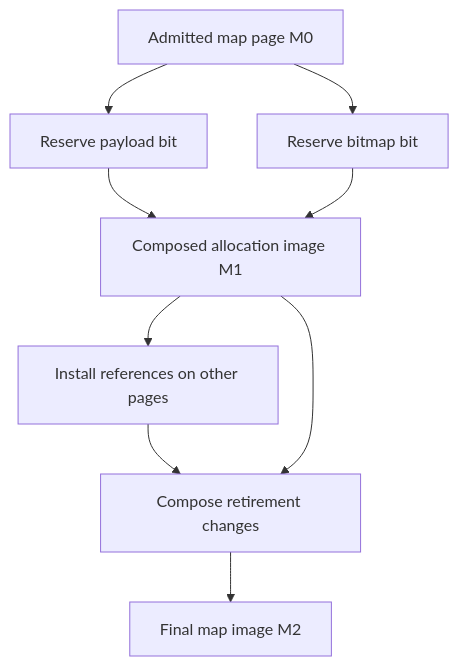
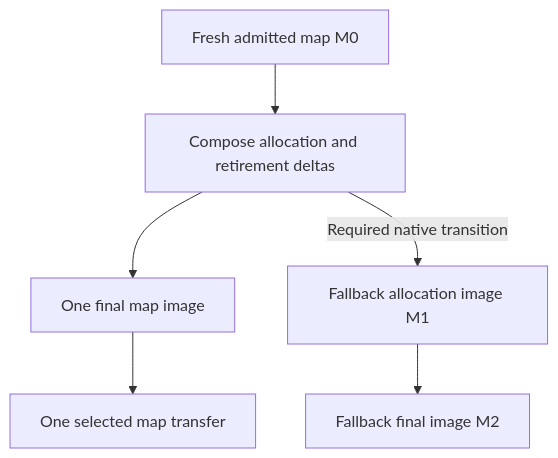
The first of 3 diagrams in docs/book/II-08-transactions.md (DnaCalc/CalcDb), drawn with Mermaid before and after one commit. The commit also changed other lines of this file and 41 other files, not shown here.

````diff
--- a/docs/book/II-08-transactions.md
+++ b/docs/book/II-08-transactions.md
@@ -282,11 +290,8 @@
 ```mermaid
 flowchart TD
-    A["Admitted map page M0"] --> B["Reserve payload bit"]
-    A --> C["Reserve bitmap bit"]
-    B --> D["Composed allocation image M1"]
-    C --> D
-    D --> E["Install references on other pages"]
-    E --> F["Compose retirement changes"]
-    D --> F
-    F --> G["Final map image M2"]
+    A["Fresh admitted map M0"] --> B["Compose allocation and retirement deltas"]
+    B --> C["One final map image"]
+    C --> D["One selected map transfer"]
+    B -->|"Required native transition"| E["Fallback allocation image M1"]
+    E --> F["Fallback final image M2"]
 ```
````
